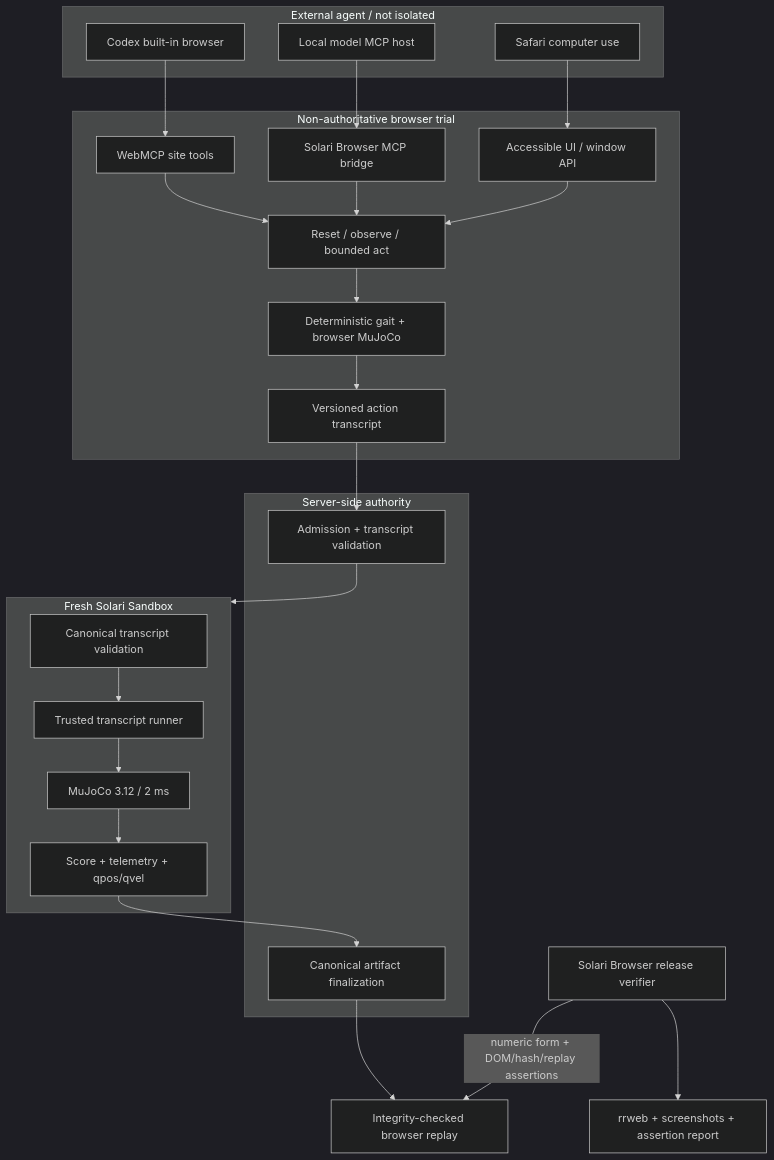
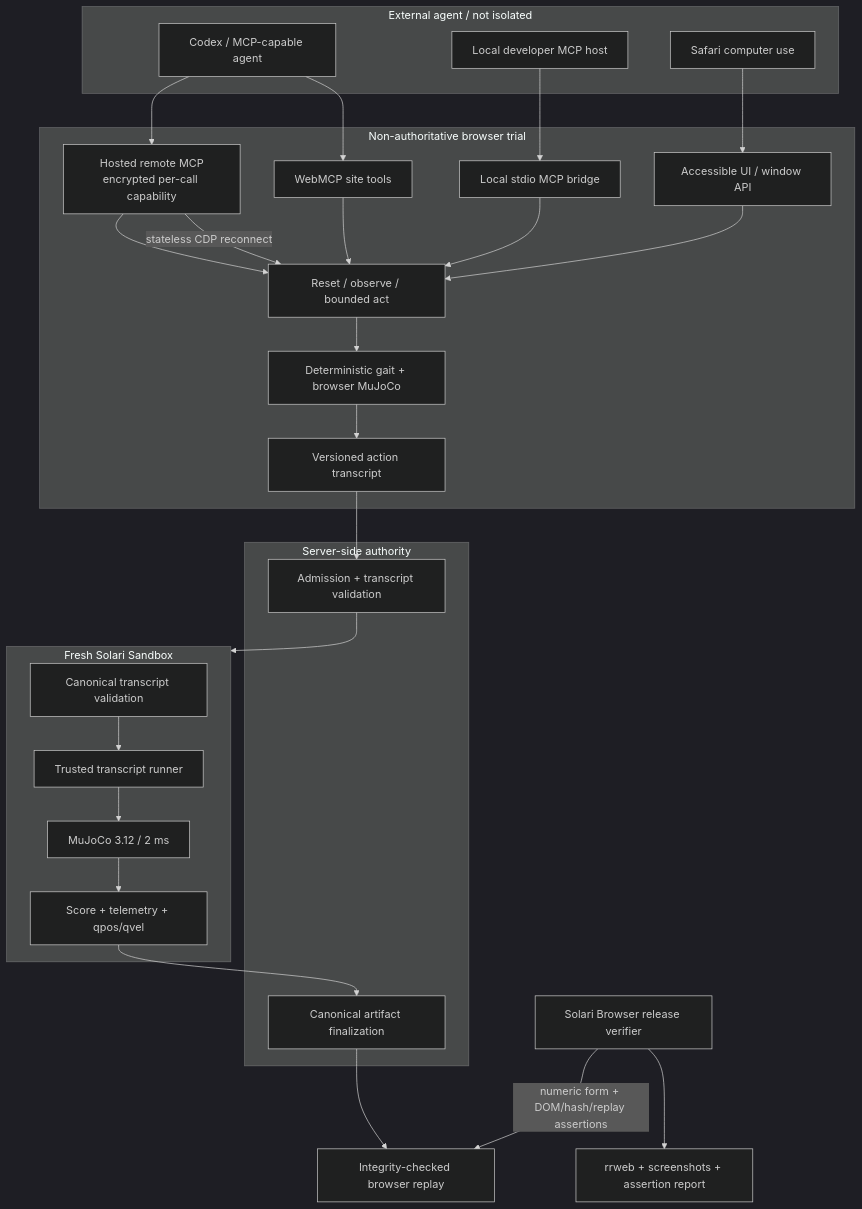
The diagram in docs/ARCHITECTURE.md (EXO-Robotics/solari-agent-arena), drawn with Mermaid (dark theme) before and after one commit. The commit also changed other lines of this file and 27 other files, not shown here.

Commit message:
Add hosted remote Arena MCP

````diff
--- a/docs/ARCHITECTURE.md
+++ b/docs/ARCHITECTURE.md
@@ -5,39 +5,43 @@
 ```mermaid
 flowchart TB
   subgraph Agent[External agent / not isolated]
-    C[Codex built-in browser]
-    L[Local model MCP host]
+    C[Codex / MCP-capable agent]
+    L[Local developer MCP host]
     S[Safari computer use]
   end
   subgraph Browser[Non-authoritative browser trial]
     W[WebMCP site tools]
-    M[Solari Browser MCP bridge]
+    M[Hosted remote MCP<br/>encrypted per-call capability]
+    LM[Local stdio MCP bridge]
     U[Accessible UI / window API]
     O[Reset / observe / bounded act]
     P[Deterministic gait + browser MuJoCo]
     T[Versioned action transcript]
     W --> O
     M --> O
     U --> O
     O --> P --> T
   end
+  C --> M
   C --> W
-  L --> M
+  L --> LM
+  M -->|stateless CDP reconnect| O
+  LM --> O
   S --> U
   T --> API
   subgraph Server[Server-side authority]
     API[Admission + transcript validation]
     F[Canonical artifact finalization]
   end
   API --> SS
   subgraph SS[Fresh Solari Sandbox]
     V[Canonical transcript validation]
     R[Trusted transcript runner]
     MU[MuJoCo 3.12 / 2 ms]
     E[Score + telemetry + qpos/qvel]
     V --> R --> MU --> E
   end
   E --> F --> VR[Integrity-checked browser replay]
   B[Solari Browser release verifier] -->|numeric form + DOM/hash/replay assertions| VR
   B --> EV[rrweb + screenshots + assertion report]
 ```
````
